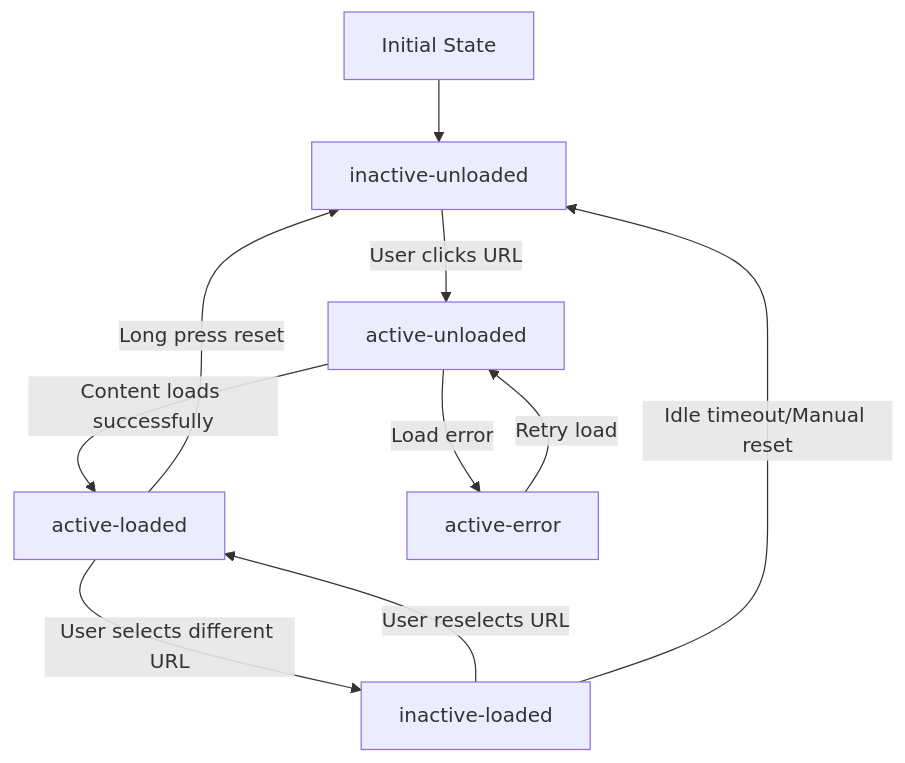
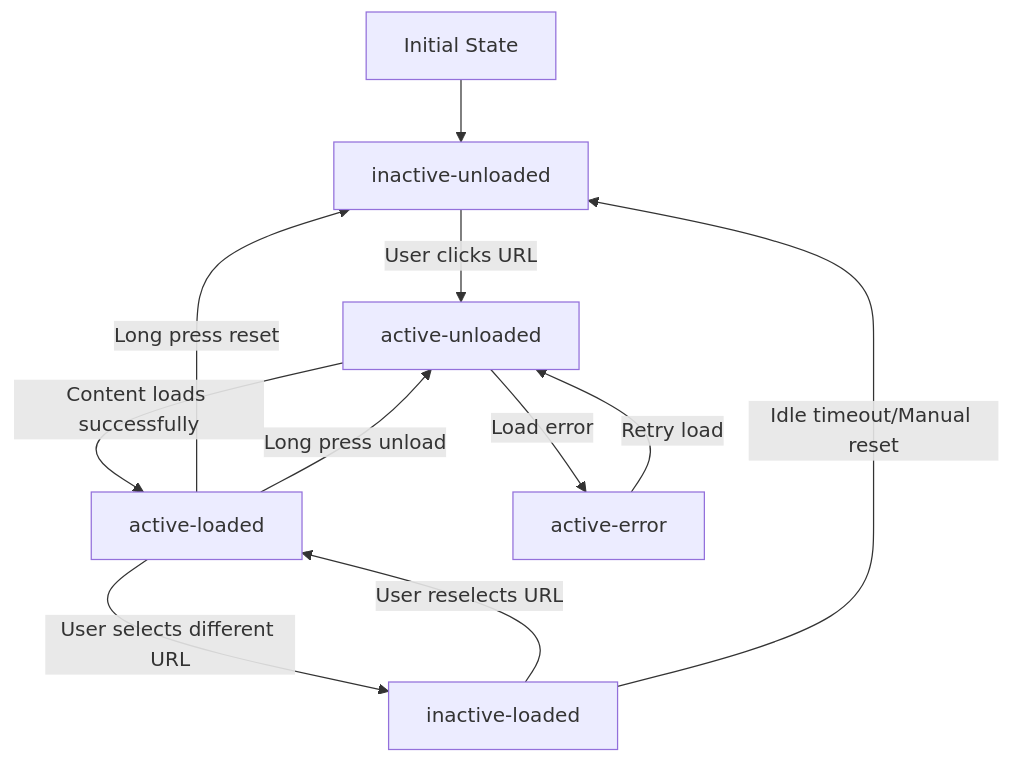
Before and after one commit to michaelbarone/cc3: the second of 2 diagrams in docs/features/url-management/architecture.md, drawn with Mermaid. The commit also changed other lines of this file and 2 other files, not shown here.

Commit message:
docs(url-management): add missing manual unload event to iframe lifecycle documentation

````diff
--- a/docs/features/url-management/architecture.md
+++ b/docs/features/url-management/architecture.md
@@ -89,12 +89,13 @@
 ```mermaid
 flowchart TD
     A[Initial State] --> B[inactive-unloaded]
     B -- "User clicks URL" --> C[active-unloaded]
     C -- "Content loads successfully" --> D[active-loaded]
     D -- "User selects different URL" --> E[inactive-loaded]
     E -- "User reselects URL" --> D
     E -- "Idle timeout/Manual reset" --> B
     D -- "Long press reset" --> B
+    D -- "Long press unload" --> C
     C -- "Load error" --> F[active-error]
     F -- "Retry load" --> C
 ```
````
